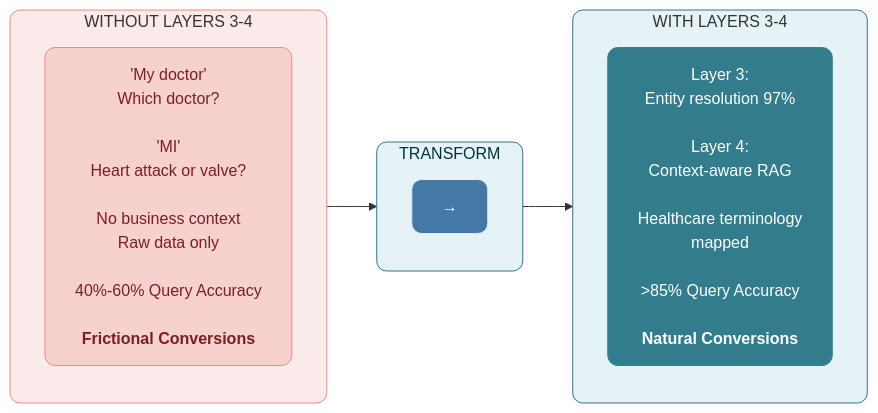
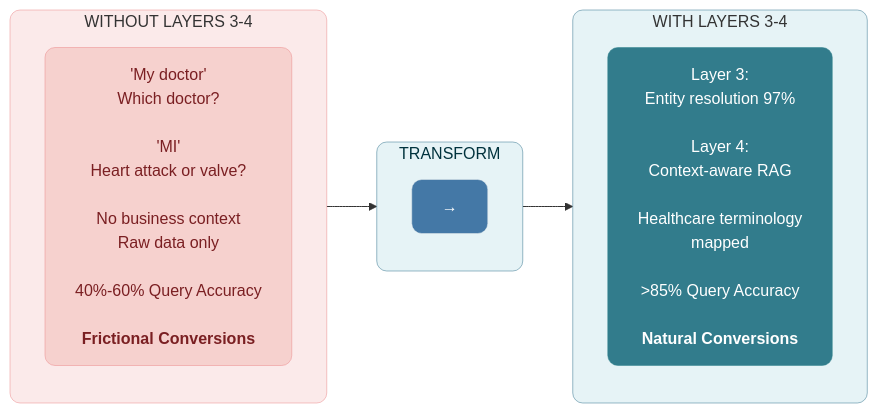
One commit to saitejesh-cyber/trust-before-intelligence-book changed the first of 13 diagrams in manuscript/06_chapter_5_intelligence_layers.md. Above: the diagram before and after it, drawn with Mermaid. The commit also changed other lines of this file and 12 other files, not shown here.

Commit message:
Update stroke width to 0.5px instead of 1px to all the diagrams

````diff
--- a/manuscript/06_chapter_5_intelligence_layers.md
+++ b/manuscript/06_chapter_5_intelligence_layers.md
@@ -8,29 +8,29 @@
 ```mermaid
 
 graph LR
     subgraph WITHOUT["WITHOUT LAYERS 3-4"]
         direction TB
         W1["'My doctor'<br/>Which doctor?<br/><br/>'MI'<br/>Heart attack or valve?<br/><br/>No business context<br/>Raw data only<br/><br/>40%-60% Query Accuracy<br/><br/><b>Frictional Conversions</b>"]
     end
     
     subgraph TRANSFORM["TRANSFORM"]
         direction TB
         T1["→"]
     end
     
     subgraph WITH["WITH LAYERS 3-4"]
         direction TB
         L1["Layer 3:<br/>Entity resolution 97%<br/><br/>Layer 4:<br/>Context-aware RAG<br/><br/>Healthcare terminology<br/>mapped<br/><br/>>85% Query Accuracy<br/><br/><b>Natural Conversions</b>"]
     end
     
     WITHOUT --> TRANSFORM --> WITH
     
-    style WITHOUT fill:#FBEAEA,stroke:#EB898B,stroke-width:1px,rx:10,ry:10
-    style W1 fill:#F6D1CE,stroke:#EB898B,stroke-width:1px,color:#7A1F22,rx:10,ry:10
-    style TRANSFORM fill:#E6F3F6,stroke:#32738C,stroke-width:1px,color:#00323D,rx:10,ry:10
-    style T1 fill:#4478A6,stroke:#e4ebed,stroke-width:1px,color:#FFFFFF,rx:10,ry:10
-    style WITH fill:#E6F3F6,stroke:#32738C,stroke-width:1px,rx:10,ry:10
-    style L1 fill:#327C8C,stroke:#30838C,stroke-width:1px,color:#ffffff,rx:10,ry:10
+    style WITHOUT fill:#FBEAEA,stroke:#EB898B,stroke-width:0.5px,rx:10,ry:10
+    style W1 fill:#F6D1CE,stroke:#EB898B,stroke-width:0.5px,color:#7A1F22,rx:10,ry:10
+    style TRANSFORM fill:#E6F3F6,stroke:#32738C,stroke-width:0.5px,color:#00323D,rx:10,ry:10
+    style T1 fill:#4478A6,stroke:#e4ebed,stroke-width:0.5px,color:#FFFFFF,rx:10,ry:10
+    style WITH fill:#E6F3F6,stroke:#32738C,stroke-width:0.5px,rx:10,ry:10
+    style L1 fill:#327C8C,stroke:#30838C,stroke-width:0.5px,color:#ffffff,rx:10,ry:10
 
 
 ```
````
